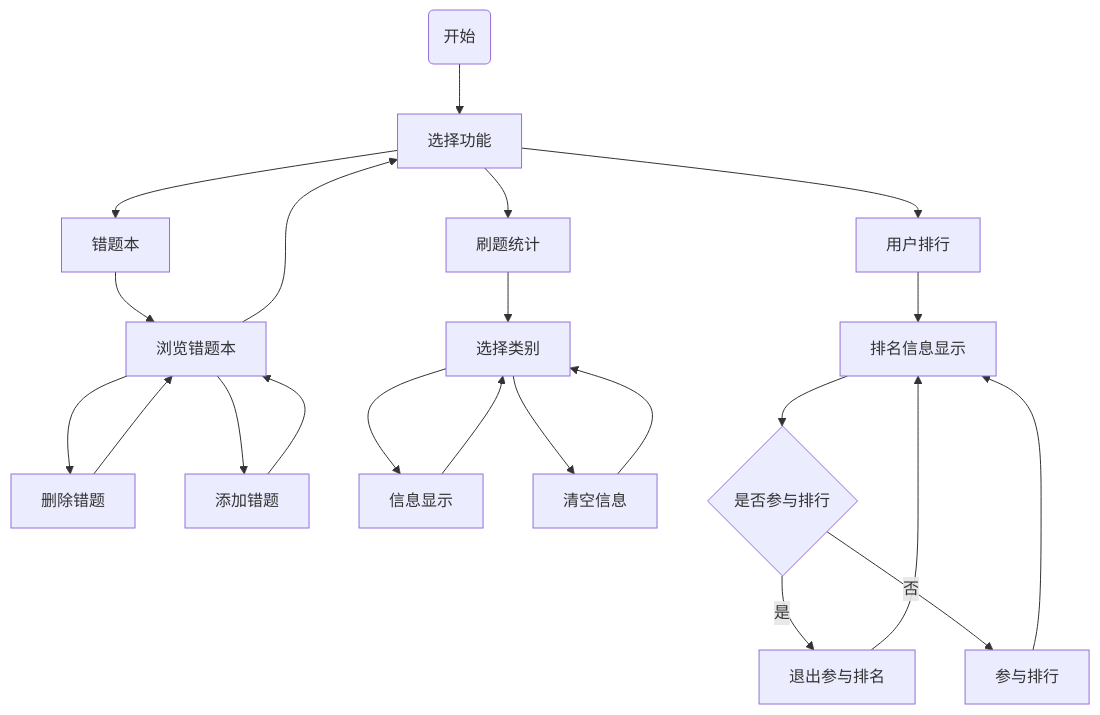
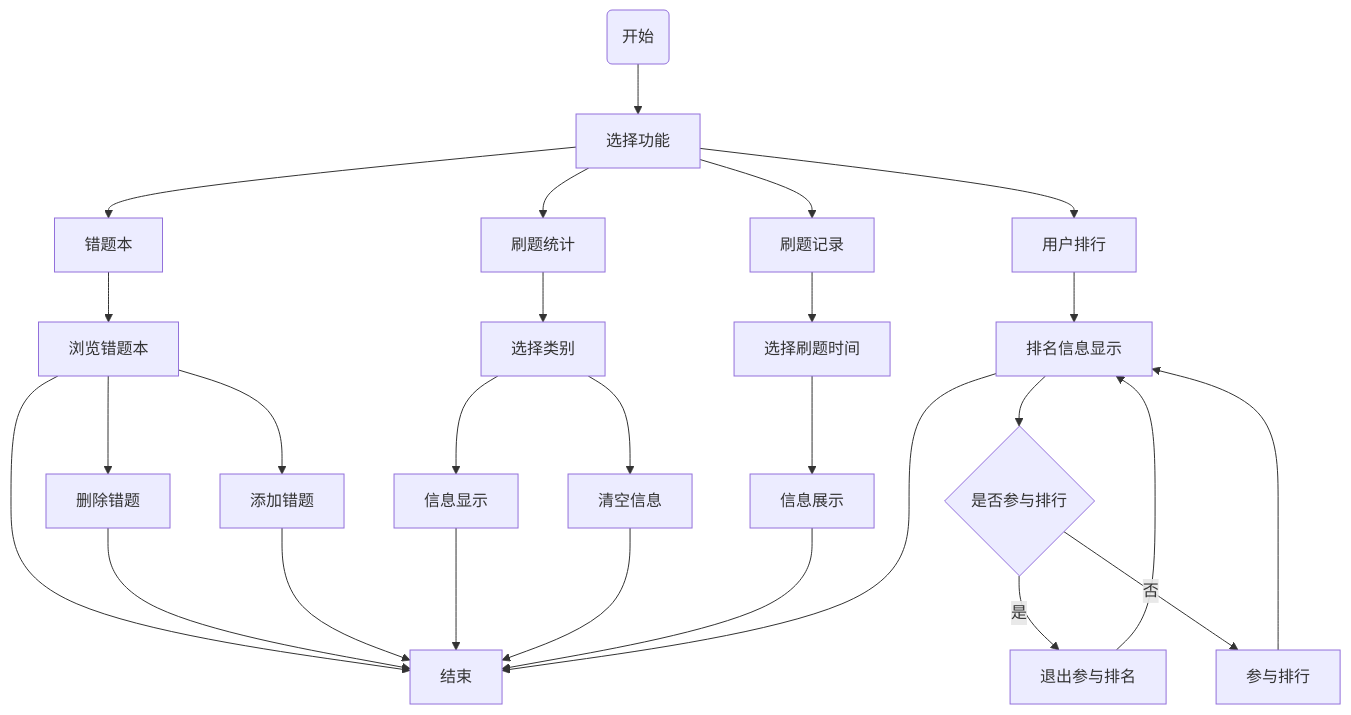
The third of 4 diagrams in docs/Requirements.md (SnapdragonLee/Newbee-English), drawn with Mermaid before and after one commit. The commit also changed other lines of this file, not shown here.

````diff
--- a/docs/Requirements.md
+++ b/docs/Requirements.md
@@ -346,13 +396,22 @@
 ```mermaid
 graph TD
-A1(开始) -->B1[选择功能]-->C1[错题本]-->D1[浏览错题本]-->B1
-D1-->Z11[删除错题]-->D1
-D1-->Z12[添加错题]-->D1
+A1(开始) -->B1[选择功能]-->C1[错题本]-->D1[浏览错题本]
+D1-->Z11[删除错题]
+D1-->Z12[添加错题]
 
-B1-->C2[刷题统计]-->D2[选择类别]-->E2[信息显示]-->D2
-D2-->Z21[清空信息]-->D2
+B1-->C2[刷题统计]-->D2[选择类别]-->E2[信息显示]
+D2-->Z21[清空信息]
 
 B1-->C3[用户排行]-->D3[排名信息显示]
 D3-->Y3{是否参与排行}-->|是|Z31[退出参与排名]-->D3
 Y3-->|否|Z32[参与排行]-->D3
+
+B1-->C4[刷题记录]-->D4[选择刷题时间]-->Z4[信息展示]
+D1-->T1
+Z11-->T1[结束]
+Z12-->T1
+E2-->T1
+Z21-->T1
+Z4-->T1
+D3-->T1
 ```
````
